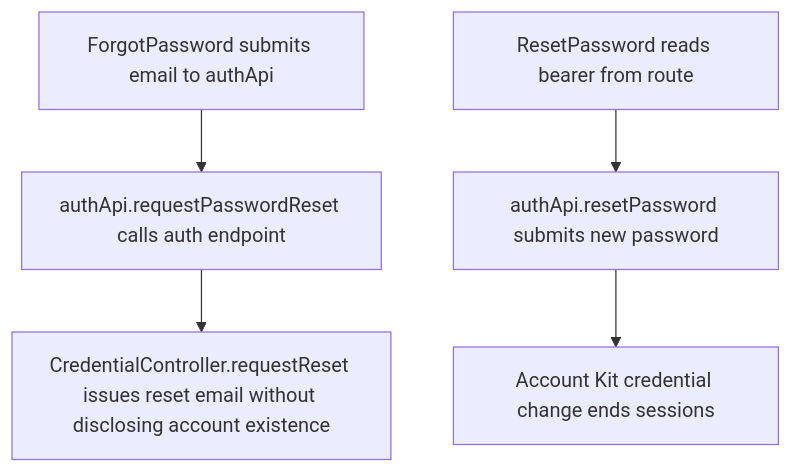
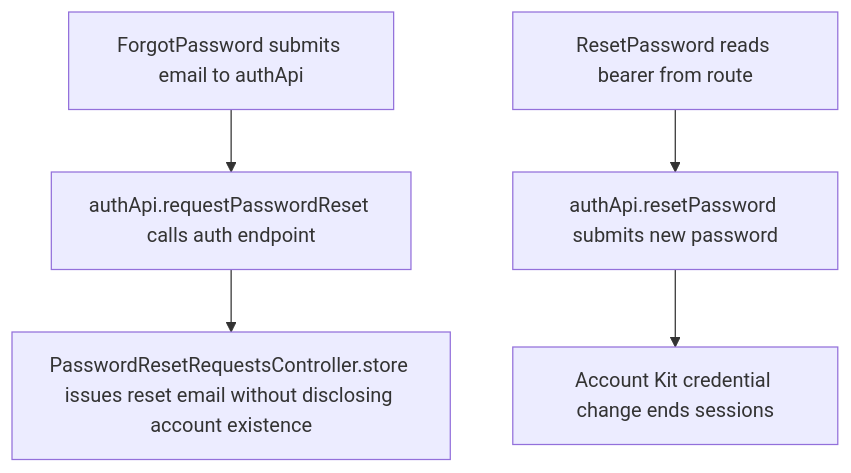
One commit to Kevinjohn/capacitylens changed the second of 2 diagrams in user-stories/settings/US-SET-13-password-reset-links.md. Above: the diagram before and after it, drawn with Mermaid. The commit also changed other lines of this file and 139 other files, not shown here.

````diff
--- a/user-stories/settings/US-SET-13-password-reset-links.md
+++ b/user-stories/settings/US-SET-13-password-reset-links.md
@@ -28,7 +28,7 @@
 ```mermaid
 flowchart TD
   forgot["ForgotPassword submits email to authApi"] --> request["authApi.requestPasswordReset calls auth endpoint"]
-  request --> email["CredentialController.requestReset issues reset email without disclosing account existence"]
+  request --> email["PasswordResetRequestsController.store issues reset email without disclosing account existence"]
   link["ResetPassword reads bearer from route"] --> submit["authApi.resetPassword submits new password"]
   submit --> session["Account Kit credential change ends sessions"]
 ```
````
